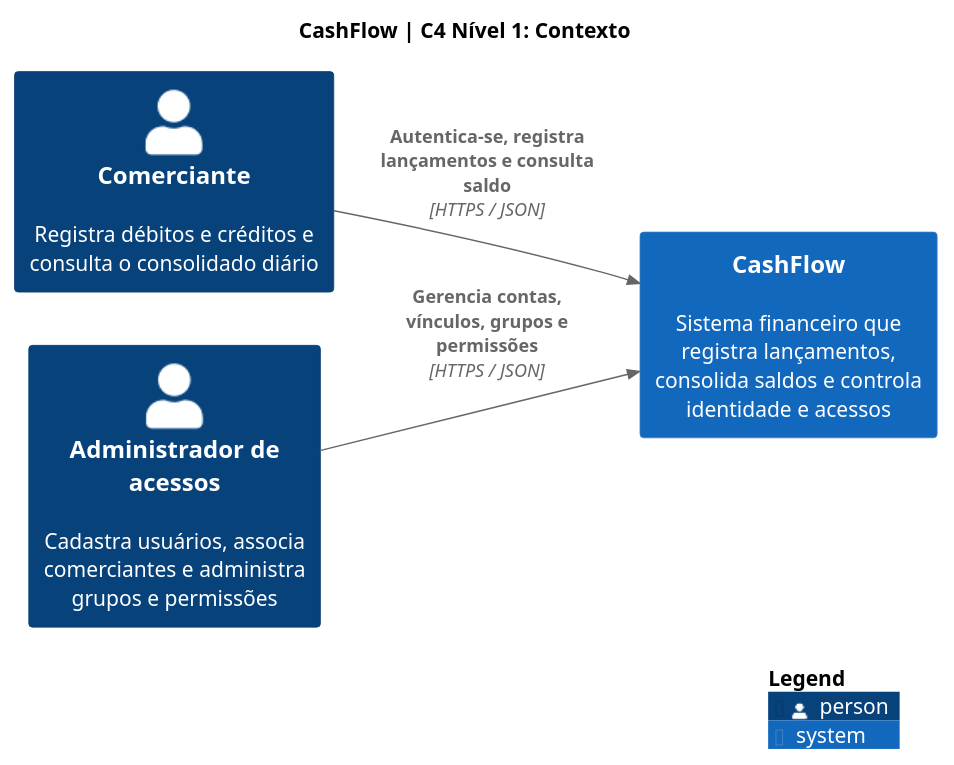
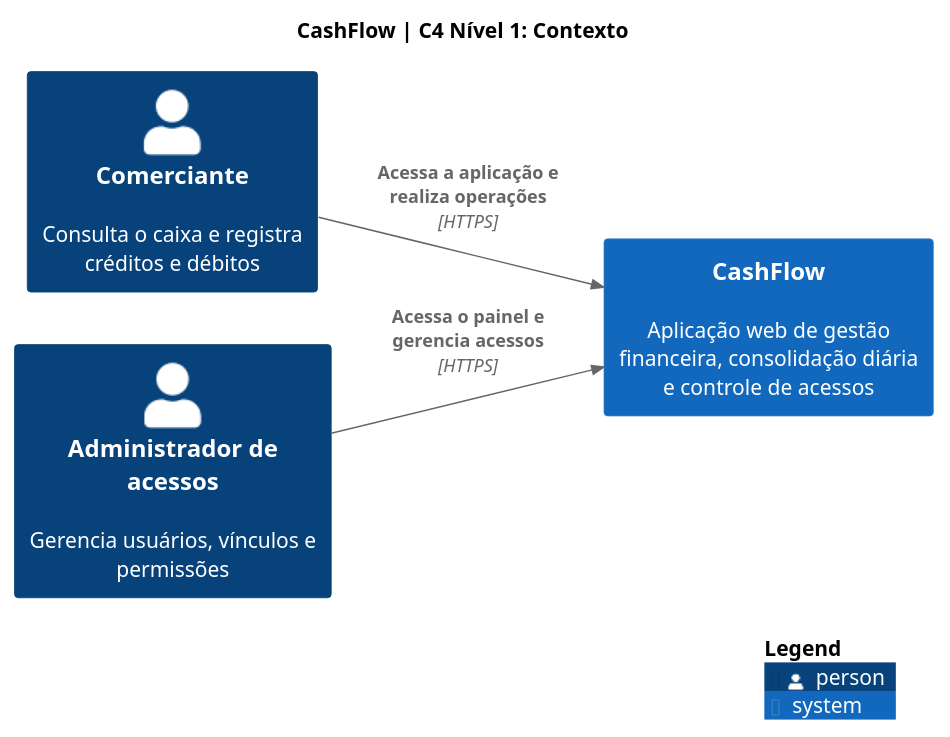
Before and after one commit to wolwerr/CashFlow-Architecture: the diagram in docs/architecture/plantuml/c4-context.puml, drawn with PlantUML.

Commit message:
docs(c4): add proposed web frontend and API gateway to full CashFlow solution (#6)

```diff
--- a/docs/architecture/plantuml/c4-context.puml
+++ b/docs/architecture/plantuml/c4-context.puml
@@ -1,11 +1,11 @@
 @startuml CashFlow_Context
 !include <C4/C4_Context>
 title CashFlow | C4 Nível 1: Contexto
 LAYOUT_LEFT_RIGHT()
-Person(comerciante, "Comerciante", "Registra débitos e créditos e consulta o consolidado diário")
-Person(admin, "Administrador de acessos", "Cadastra usuários, associa comerciantes e administra grupos e permissões")
-System(cashflow, "CashFlow", "Sistema financeiro que registra lançamentos, consolida saldos e controla identidade e acessos")
-Rel(comerciante, cashflow, "Autentica-se, registra lançamentos e consulta saldo", "HTTPS / JSON")
-Rel(admin, cashflow, "Gerencia contas, vínculos, grupos e permissões", "HTTPS / JSON")
+Person(comerciante, "Comerciante", "Consulta o caixa e registra créditos e débitos")
+Person(admin, "Administrador de acessos", "Gerencia usuários, vínculos e permissões")
+System(cashflow, "CashFlow", "Aplicação web de gestão financeira, consolidação diária e controle de acessos")
+Rel(comerciante, cashflow, "Acessa a aplicação e realiza operações", "HTTPS")
+Rel(admin, cashflow, "Acessa o painel e gerencia acessos", "HTTPS")
 SHOW_LEGEND()
 @enduml
```
